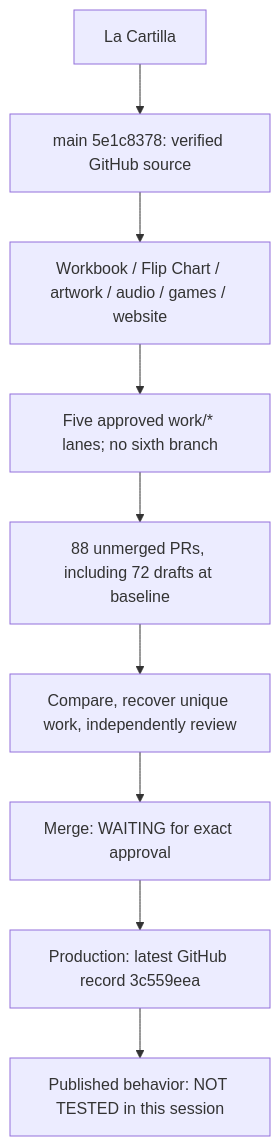
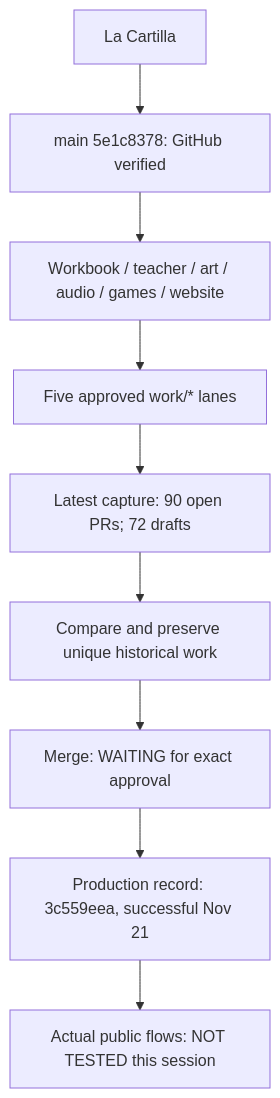
The second of 4 diagrams in docs/OWNER-VISUAL-STATUS.md (ejnburrows-rgb/cartilla-de-gretel), drawn with Mermaid before and after one commit. The commit also changed other lines of this file and 7 other files, not shown here.

````diff
--- a/docs/OWNER-VISUAL-STATUS.md
+++ b/docs/OWNER-VISUAL-STATUS.md
@@ -58,11 +67,11 @@
 ```mermaid
 flowchart TD
-  R["La Cartilla"] --> M["main 5e1c8378: verified GitHub source"]
-  M --> A["Workbook / Flip Chart / artwork / audio / games / website"]
-  A --> W["Five approved work/* lanes; no sixth branch"]
-  W --> U["88 unmerged PRs, including 72 drafts at baseline"]
-  U --> Q["Compare, recover unique work, independently review"]
-  Q --> H["Merge: WAITING for exact approval"]
-  H --> P["Production: latest GitHub record 3c559eea"]
-  P --> V["Published behavior: NOT TESTED in this session"]
+  R["La Cartilla"] --> M["main 5e1c8378: GitHub verified"]
+  M --> A["Workbook / teacher / art / audio / games / website"]
+  A --> W["Five approved work/* lanes"]
+  W --> U["Latest capture: 90 open PRs; 72 drafts"]
+  U --> C["Compare and preserve unique historical work"]
+  C --> X["Merge: WAITING for exact approval"]
+  X --> P["Production record: 3c559eea, successful Nov 21"]
+  P --> V["Actual public flows: NOT TESTED this session"]
 ```
````
